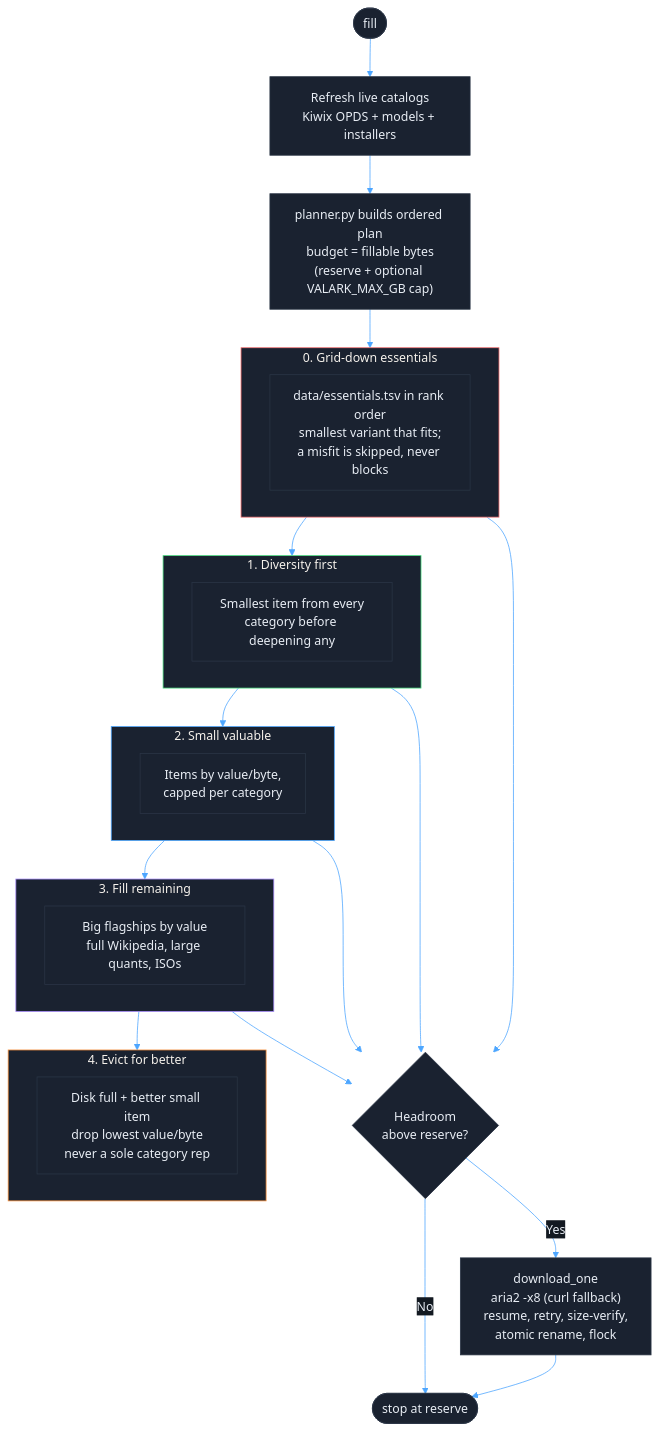
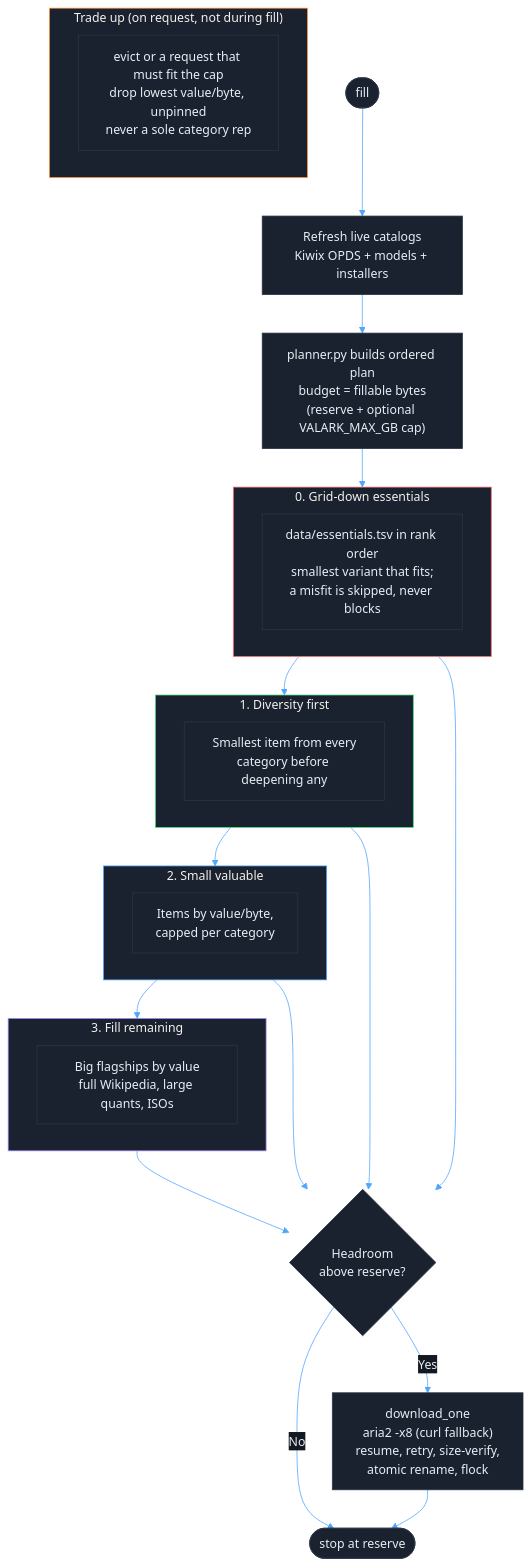
The second of 6 diagrams in docs/ARCHITECTURE.md (mvalancy/val-ark), drawn with Mermaid before and after one commit. The commit also changed other lines of this file and 66 other files, not shown here.

Commit message:
Release 0.1.30 — how-it-works diagrams, LAN-only library reads, Lastbook in the plan, DHCP fallback (#299)

````diff
--- a/docs/ARCHITECTURE.md
+++ b/docs/ARCHITECTURE.md
@@ -117,51 +135,50 @@
 ```mermaid
 %%{init: {'theme': 'base', 'themeVariables': {
   'primaryColor': '#1a2230',
   'primaryBorderColor': '#2a3545',
   'primaryTextColor': '#e8edf4',
   'lineColor': '#4da6ff',
   'secondaryColor': '#131921',
   'tertiaryColor': '#0a0e14'
 }}}%%
 flowchart TD
     START([fill]) --> REFRESH["Refresh live catalogs<br/>Kiwix OPDS + models + installers"]
     REFRESH --> PLANNER["planner.py builds ordered plan<br/>budget = fillable bytes<br/>(reserve + optional VALARK_MAX_GB cap)"]
     PLANNER --> P0
 
     subgraph P0["0. Grid-down essentials"]
         style P0 fill:#1a2230,stroke:#f87171
         D0["data/essentials.tsv in rank order<br/>smallest variant that fits;<br/>a misfit is skipped, never blocks"]
     end
 
     P0 --> P1
     subgraph P1["1. Diversity first"]
         style P1 fill:#1a2230,stroke:#4ade80
         D1["Smallest item from every<br/>category before deepening any"]
     end
 
     P1 --> P2
     subgraph P2["2. Small valuable"]
         style P2 fill:#1a2230,stroke:#4da6ff
         D2["Items by value/byte,<br/>capped per category"]
     end
 
     P2 --> P3
     subgraph P3["3. Fill remaining"]
         style P3 fill:#1a2230,stroke:#a78bfa
         D3["Big flagships by value<br/>full Wikipedia, large quants, ISOs"]
     end
 
-    P3 --> P4
-    subgraph P4["4. Evict for better"]
+    subgraph P4["Trade up (on request, not during fill)"]
         style P4 fill:#1a2230,stroke:#fb923c
-        D4["Disk full + better small item<br/>drop lowest value/byte<br/>never a sole category rep"]
+        D4["evict or a request that must fit the cap<br/>drop lowest value/byte, unpinned<br/>never a sole category rep"]
     end
 
     P1 --> DL{Headroom<br/>above reserve?}
     P0 --> DL
     P2 --> DL
     P3 --> DL
     DL -->|No| DONE([stop at reserve])
     DL -->|Yes| GET["download_one<br/>aria2 -x8 (curl fallback)<br/>resume, retry, size-verify,<br/>atomic rename, flock"]
     GET --> DONE
 ```
````
